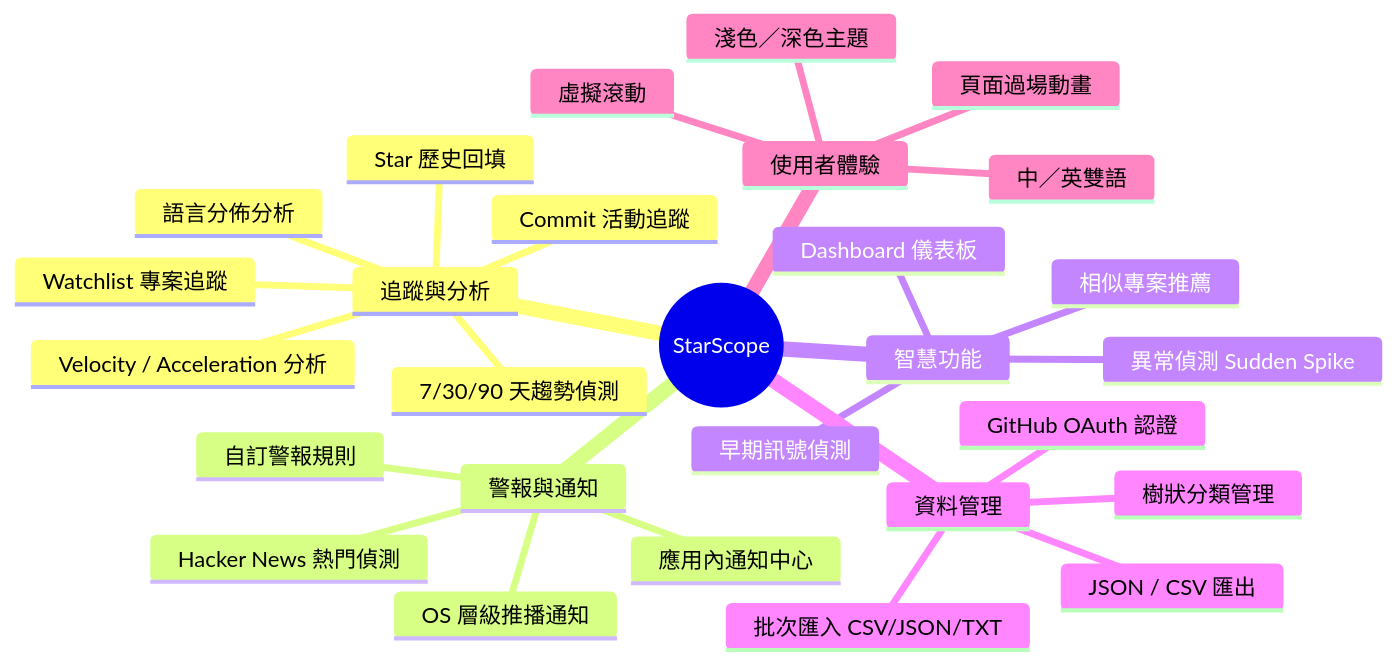
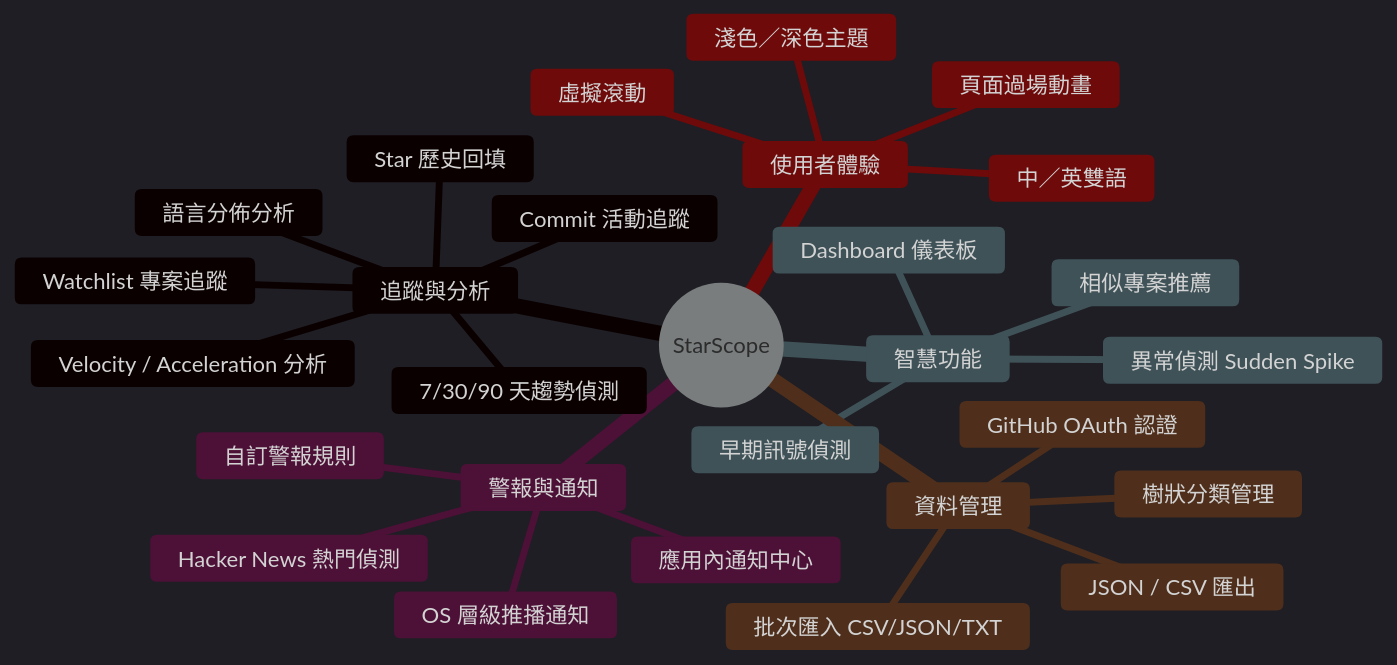
Before and after one commit to Neal75418/StarScope: the first of 2 diagrams in README.md, drawn with Mermaid. The commit also changed other lines of this file and 1 other file, not shown here.

````diff
--- a/README.md
+++ b/README.md
@@ -41,32 +41,32 @@
 ```mermaid
-%%{init: {'theme': 'default'}}%%
+%%{init: {'theme': 'dark'}}%%
 mindmap
   root((StarScope))
     追蹤與分析
       Watchlist 專案追蹤
       Velocity / Acceleration 分析
       7/30/90 天趨勢偵測
       Star 歷史回填
       Commit 活動追蹤
       語言分佈分析
     警報與通知
       自訂警報規則
       應用內通知中心
       OS 層級推播通知
       Hacker News 熱門偵測
     智慧功能
       相似專案推薦
       早期訊號偵測
       異常偵測 Sudden Spike
       Dashboard 儀表板
     資料管理
       批次匯入 CSV/JSON/TXT
       JSON / CSV 匯出
       樹狀分類管理
       GitHub OAuth 認證
     使用者體驗
       中／英雙語
       淺色／深色主題
       虛擬滾動
       頁面過場動畫
 ```
````
